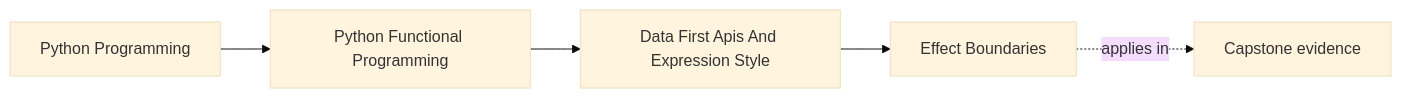
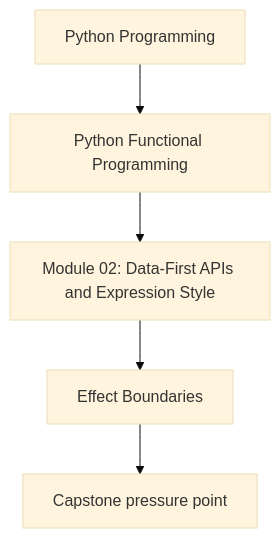
Before and after one commit to bijux/bijux-masterclass: the first of 2 diagrams in programs/python-programming/python-functional-programming/course-book/module-02-data-first-apis-and-expression-style/effect-boundaries.md, drawn with Mermaid (base theme). The commit also changed other lines of this file and 118 other files, not shown here.

Commit message:
docs(python-functional-programming): align concept page diagrams

````diff
--- a/programs/python-programming/python-functional-programming/course-book/module-02-data-first-apis-and-expression-style/effect-boundaries.md
+++ b/programs/python-programming/python-functional-programming/course-book/module-02-data-first-apis-and-expression-style/effect-boundaries.md
@@ -7,11 +7,7 @@
 ```mermaid
-graph LR
-  family["Python Programming"]
-  program["Python Functional Programming"]
-  section["Data First Apis And Expression Style"]
-  page["Effect Boundaries"]
-  capstone["Capstone evidence"]
-
-  family --> program --> section --> page
-  page -.applies in.-> capstone
+flowchart TD
+  family["Python Programming"] --> program["Python Functional Programming"]
+  program --> module["Module 02: Data-First APIs and Expression Style"]
+  module --> concept["Effect Boundaries"]
+  concept --> capstone["Capstone pressure point"]
 ```
````
